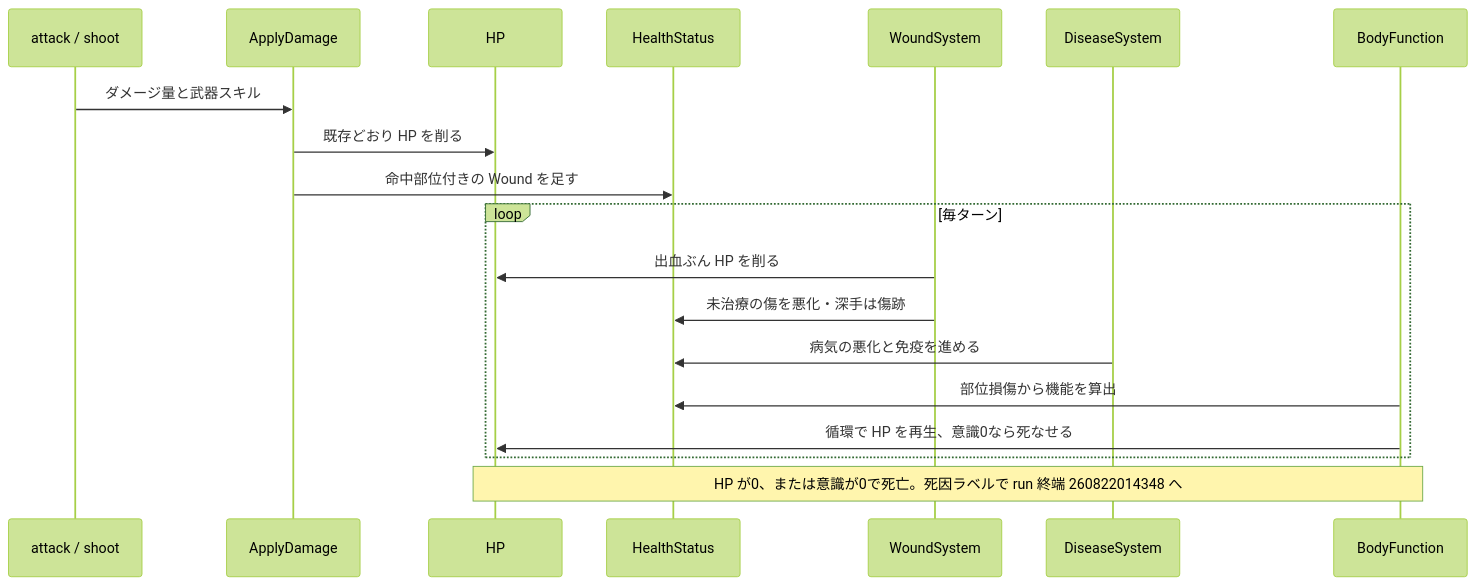
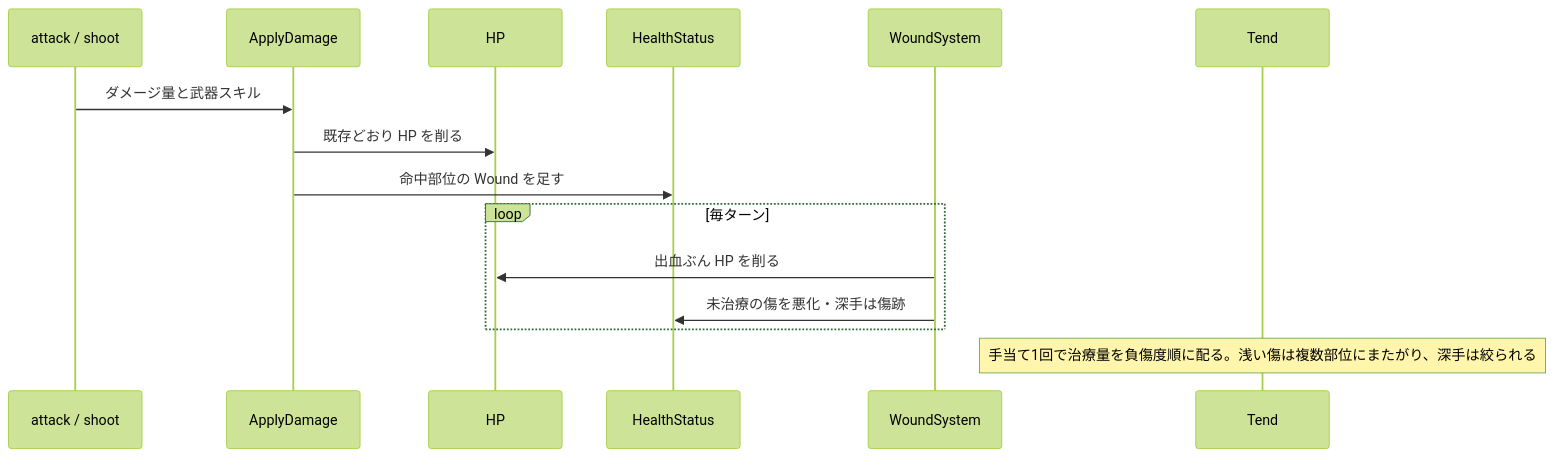
The second of 2 diagrams in docs/design/260821232324.md (kijimad/ruins), drawn with Mermaid (forest theme) before and after one commit. The commit also changed other lines of this file and 1 other file, not shown here.

````diff
--- a/docs/design/260821232324.md
+++ b/docs/design/260821232324.md
@@ -103,22 +96,18 @@
 ```mermaid
 sequenceDiagram
     participant AT as attack / shoot
     participant AD as ApplyDamage
     participant HP as HP
     participant HS as HealthStatus
     participant WS as WoundSystem
-    participant DS as DiseaseSystem
-    participant BF as BodyFunction
+    participant TD as Tend
 
     AT->>AD: ダメージ量と武器スキル
     AD->>HP: 既存どおり HP を削る
-    AD->>HS: 命中部位付きの Wound を足す
+    AD->>HS: 命中部位の Wound を足す
     loop 毎ターン
         WS->>HP: 出血ぶん HP を削る
         WS->>HS: 未治療の傷を悪化・深手は傷跡
-        DS->>HS: 病気の悪化と免疫を進める
-        BF->>HS: 部位損傷から機能を算出
-        BF->>HP: 循環で HP を再生、意識0なら死なせる
     end
-    Note over HP,BF: HP が0、または意識が0で死亡。死因ラベルで run 終端 260822014348 へ
+    Note over TD: 手当て1回で治療量を負傷度順に配る。浅い傷は複数部位にまたがり、深手は絞られる
 ```
````
